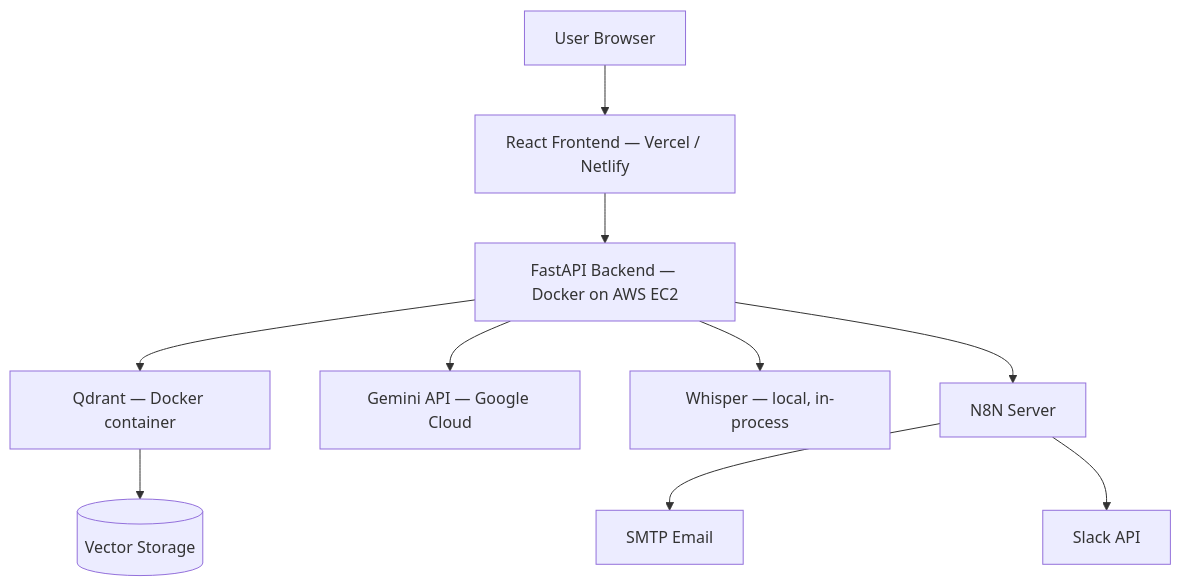
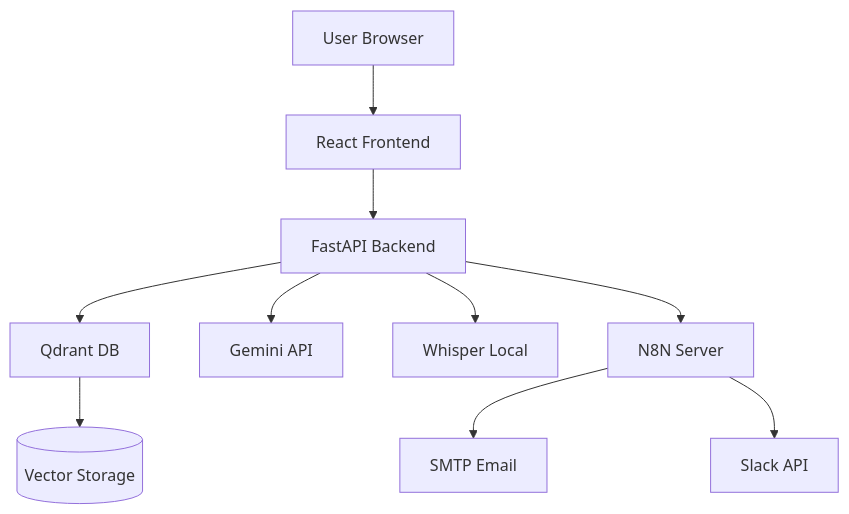
Before and after one commit to nngo23/Implementing-IoT-Pipeline: the third of 3 diagrams in Candidate_Search_System/docs/ARCHITECTURE.md, drawn with Mermaid. The commit also changed other lines of this file and 7 other files, not shown here.

````diff
--- a/Candidate_Search_System/docs/ARCHITECTURE.md
+++ b/Candidate_Search_System/docs/ARCHITECTURE.md
@@ -236,17 +266,17 @@
 ```mermaid
 flowchart TD
-    A[User Browser] --> B[React Frontend — Vercel / Netlify]
+A[User Browser] --> B[React Frontend]
 
-    B --> C[FastAPI Backend — Docker on AWS EC2]
+B --> C[FastAPI Backend]
 
-    C --> D[Qdrant — Docker container]
-    C --> E[Gemini API — Google Cloud]
-    C --> F[Whisper — local, in-process]
+C --> D[Qdrant DB]
+C --> E[Gemini API]
+C --> F[Whisper Local]
 
-    C --> G[N8N Server]
+C --> G[N8N Server]
 
-    G --> H[SMTP Email]
-    G --> I[Slack API]
+G --> H[SMTP Email]
+G --> I[Slack API]
 
-    D --> J[(Vector Storage)]
+D --> J[(Vector Storage)]
 ```
````
